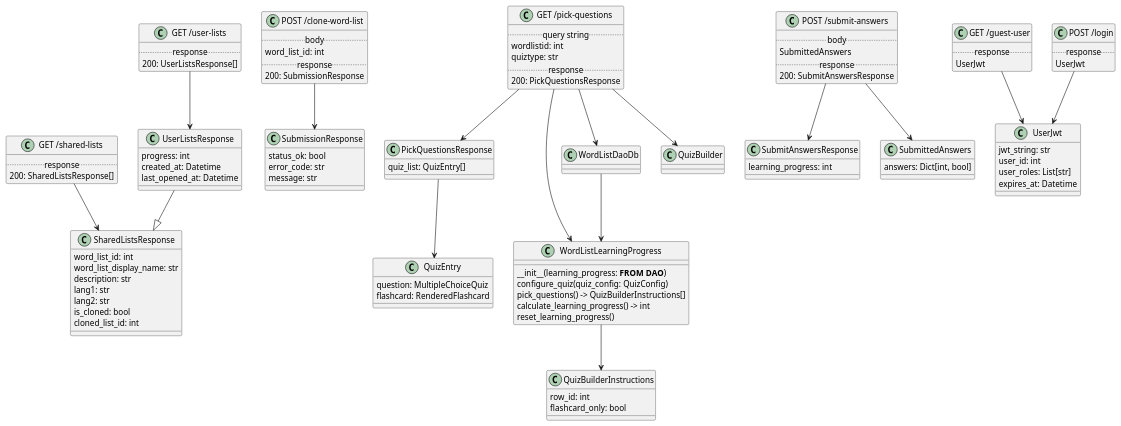
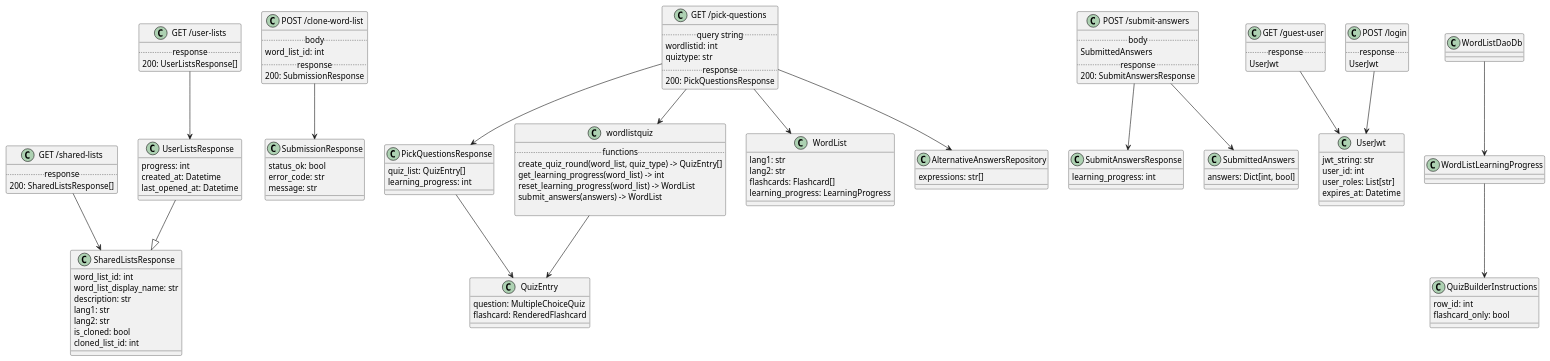
One commit to robertradnai/vocabulary-srv changed the diagram in docs/class_diagram.puml. Above: the diagram before and after it, drawn with PlantUML. The commit also changed 3 other files, not shown here.

```diff
--- a/docs/class_diagram.puml
+++ b/docs/class_diagram.puml
@@ -2,139 +2,153 @@
 @startuml
 
 
 ' *****
 
 "GET /shared-lists" --> SharedListsResponse
 
 class "GET /shared-lists" {
    .. response ..
    200: SharedListsResponse[]
 }
 
 class SharedListsResponse {
     word_list_id: int
     word_list_display_name: str
     description: str
     lang1: str
     lang2: str
     is_cloned: bool
     cloned_list_id: int
 }
 
 ' *****
 
 "GET /user-lists" --> UserListsResponse
 class "GET /user-lists" {
    .. response ..
    200: UserListsResponse[]
 }
 
 UserListsResponse --|> SharedListsResponse
 class UserListsResponse {
     progress: int
     created_at: Datetime
     last_opened_at: Datetime
 }
 
 "POST /clone-word-list" --> SubmissionResponse
 class "POST /clone-word-list" {
    .. body ..
    word_list_id: int
    .. response ..
    200: SubmissionResponse
 }
 
 ' *****
 
 "GET /pick-questions" --> PickQuestionsResponse
 PickQuestionsResponse --> QuizEntry
+wordlistquiz --> QuizEntry
 
 class "GET /pick-questions" {
    .. query string ..
    wordlistid: int
    quiztype: str
    .. response ..
    200: PickQuestionsResponse
 }
 
 class PickQuestionsResponse {
     quiz_list: QuizEntry[]
+    learning_progress: int
 }
 
 class QuizEntry {
     question: MultipleChoiceQuiz
     flashcard: RenderedFlashcard
 }
 
 ' *****
 "POST /submit-answers" --> SubmitAnswersResponse
 "POST /submit-answers" --> SubmittedAnswers
 
 class "POST /submit-answers" {
    .. body ..
    SubmittedAnswers
    .. response ..
    200: SubmitAnswersResponse
 }
 
 class SubmissionResponse {
   status_ok: bool
   error_code: str
   message: str
 }
 
 class SubmitAnswersResponse {
     learning_progress: int
 }
 
 class SubmittedAnswers {
     answers: Dict[int, bool]
 }
 
 
 ' *****
 
 "GET /guest-user" --> UserJwt
 
 class "GET /guest-user" {
     .. response ..
     UserJwt
 }
 class UserJwt {
     jwt_string: str
     user_id: int
     user_roles: List[str]
     expires_at: Datetime
 }
 
 "POST /login" --> UserJwt
 class "POST /login" {
     .. response ..
     UserJwt
 }
 
 ' *****
 ' *****
 
-"GET /pick-questions" --> WordListLearningProgress
-"GET /pick-questions" --> WordListDaoDb
-"GET /pick-questions" --> QuizBuilder
+"GET /pick-questions" --> wordlistquiz
+"GET /pick-questions" --> WordList
+"GET /pick-questions" --> AlternativeAnswersRepository
 
 WordListDaoDb --> WordListLearningProgress
 WordListLearningProgress --> QuizBuilderInstructions
 
-
-class WordListLearningProgress {
-    {method} __init__(learning_progress: **FROM DAO**)
-    {method} configure_quiz(quiz_config: QuizConfig)
-    {method} pick_questions() -> QuizBuilderInstructions[]
-    {method} calculate_learning_progress() -> int
-    {method} reset_learning_progress()
-}
 
 class QuizBuilderInstructions {
     row_id: int
     flashcard_only: bool
 }
 
+class wordlistquiz {
+    .. functions ..
+    create_quiz_round(word_list, quiz_type) -> QuizEntry[]
+    get_learning_progress(word_list) -> int
+    reset_learning_progress(word_list) -> WordList
+    submit_answers(answers) -> WordList
+
+}
+
+class WordList {
+    lang1: str
+    lang2: str
+    flashcards: Flashcard[]
+    learning_progress: LearningProgress
+}
+
+class AlternativeAnswersRepository {
+    expressions: str[]
+}
+
 @enduml
```
